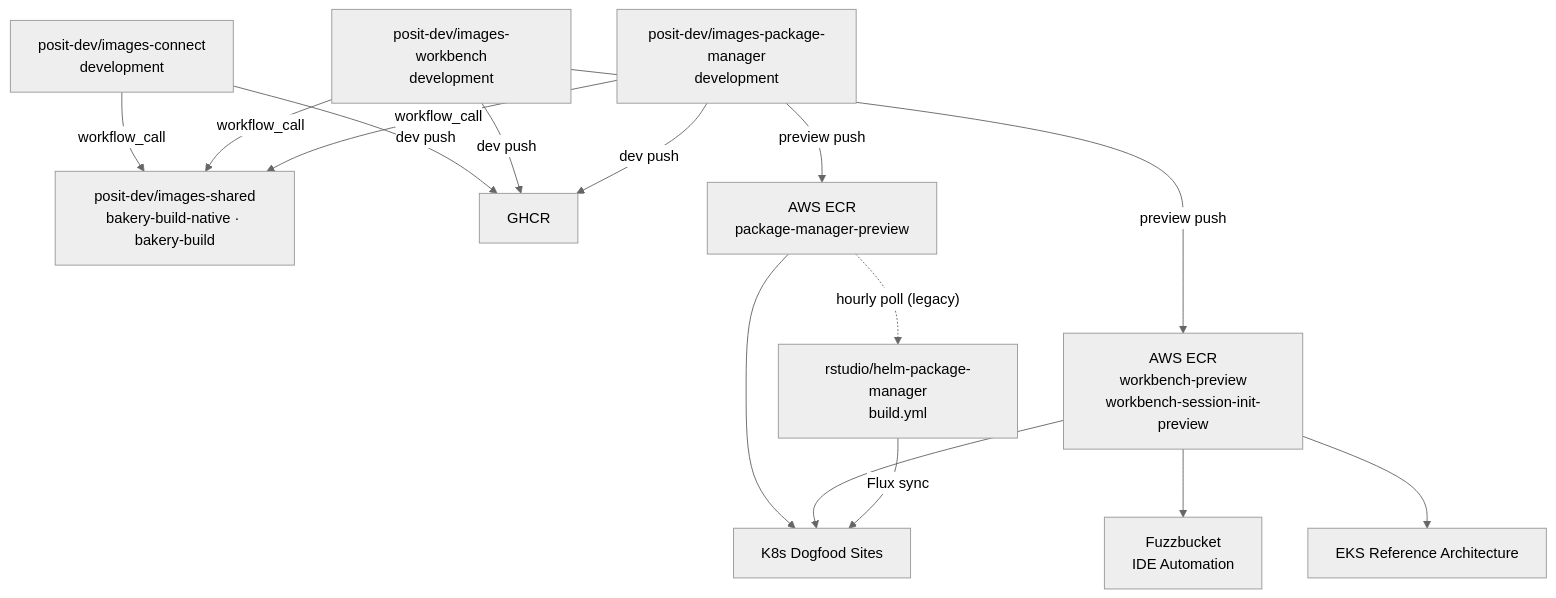
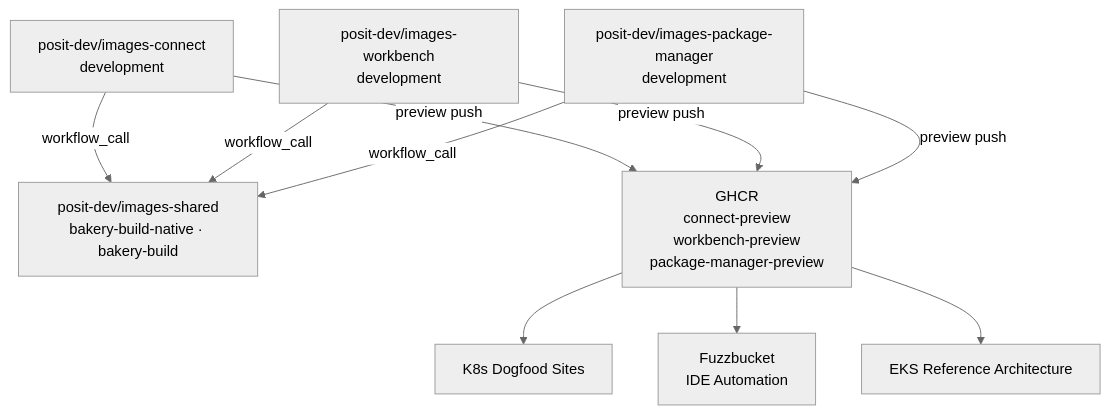
One commit to posit-dev/images-shared changed the third of 3 diagrams in docs/cross-repo-dag.md. Above: the diagram before and after it, drawn with Mermaid (neutral theme). The commit also changed other lines of this file, not shown here.

Commit message:
Use GHCR for preview images instead of ECR
Previews for all products (Connect, Workbench, PPM) push to GHCR
rather than per-product ECR registries. Simplifies the dev/preview
flow and eliminates the need for AWS OIDC in consuming environments.

````diff
--- a/docs/cross-repo-dag.md
+++ b/docs/cross-repo-dag.md
@@ -102,35 +102,26 @@
 ```mermaid
 graph TD
     IMG_CONNECT["posit-dev/images-connect<br/>development"]
     IMG_WORKBENCH["posit-dev/images-workbench<br/>development"]
     IMG_PM["posit-dev/images-package-manager<br/>development"]
 
     IMG_CONNECT -->|workflow_call| SHARED
     IMG_WORKBENCH -->|workflow_call| SHARED
     IMG_PM -->|workflow_call| SHARED
 
     SHARED["posit-dev/images-shared<br/>bakery-build-native · bakery-build"]
 
-    IMG_CONNECT -->|dev push| GHCR
-    IMG_WORKBENCH -->|dev push| GHCR
-    IMG_WORKBENCH -->|preview push| ECR_WB
-    IMG_PM -->|dev push| GHCR
-    IMG_PM -->|preview push| ECR_PPM
+    IMG_CONNECT -->|preview push| GHCR
+    IMG_WORKBENCH -->|preview push| GHCR
+    IMG_PM -->|preview push| GHCR
 
-    GHCR["GHCR"]
-    ECR_PPM["AWS ECR<br/>package-manager-preview"]
-    ECR_WB["AWS ECR<br/>workbench-preview<br/>workbench-session-init-preview"]
+    GHCR["GHCR<br/>connect-preview<br/>workbench-preview<br/>package-manager-preview"]
 
-    ECR_PPM --> K8S
-    ECR_WB --> K8S
-    ECR_WB --> FUZZBUCKET
-    ECR_WB --> EKS_REF
-
-    ECR_PPM -.->|"hourly poll (legacy)"| HELM_PM
-    HELM_PM["rstudio/helm-package-manager<br/>build.yml"]
-    HELM_PM -->|Flux sync| K8S
+    GHCR --> K8S
+    GHCR --> FUZZBUCKET
+    GHCR --> EKS_REF
 
     K8S["K8s Dogfood Sites"]
     FUZZBUCKET["Fuzzbucket<br/>IDE Automation"]
     EKS_REF["EKS Reference Architecture"]
 ```
````
